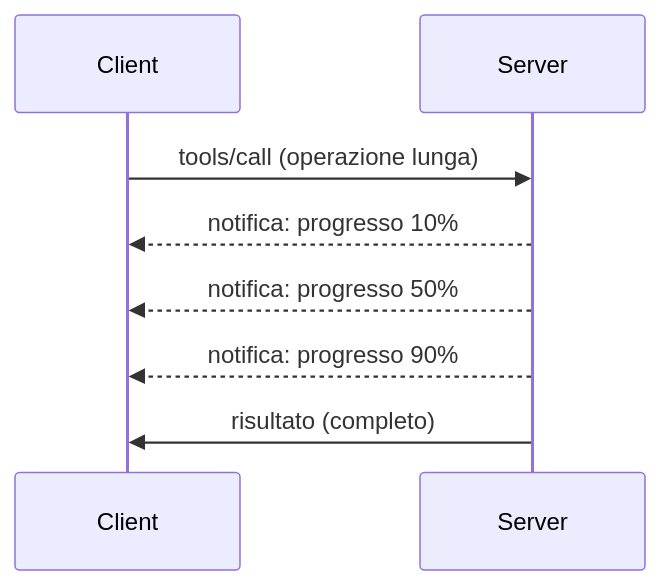
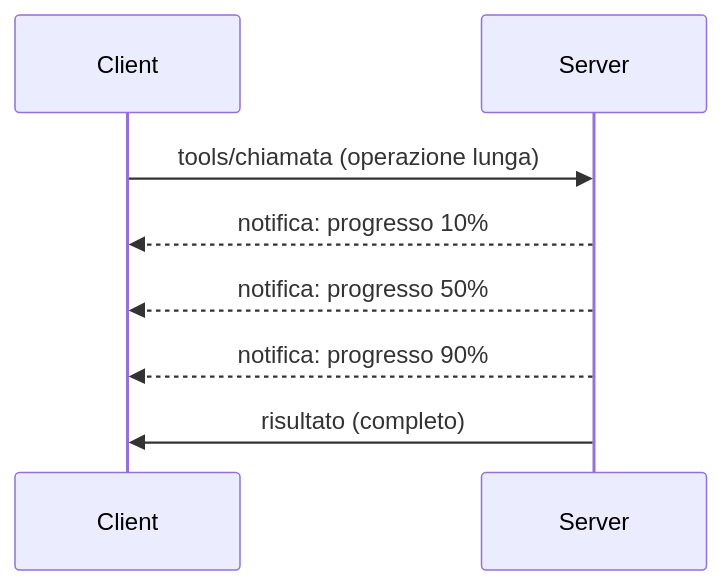
The diagram in mcp_ecosystem__model_context_protocol/mcp_learning_resources/mcp-for-beginners/translations/it/05-AdvancedTopics/mcp-protocol-features/README.md (HIDORAKAI002/ai-workspace-archive), drawn with Mermaid before and after one commit. The commit also changed other lines of this file and 1046 other files, not shown here.

````diff
--- a/mcp_ecosystem__model_context_protocol/mcp_learning_resources/mcp-for-beginners/translations/it/05-AdvancedTopics/mcp-protocol-features/README.md
+++ b/mcp_ecosystem__model_context_protocol/mcp_learning_resources/mcp-for-beginners/translations/it/05-AdvancedTopics/mcp-protocol-features/README.md
@@ -22,11 +24,11 @@
 ```mermaid
 sequenceDiagram
     participant Client
     participant Server
     
-    Client->>Server: tools/call (operazione lunga)
+    Client->>Server: tools/chiamata (operazione lunga)
     Server-->>Client: notifica: progresso 10%
     Server-->>Client: notifica: progresso 50%
     Server-->>Client: notifica: progresso 90%
     Server->>Client: risultato (completo)
 ```
````
